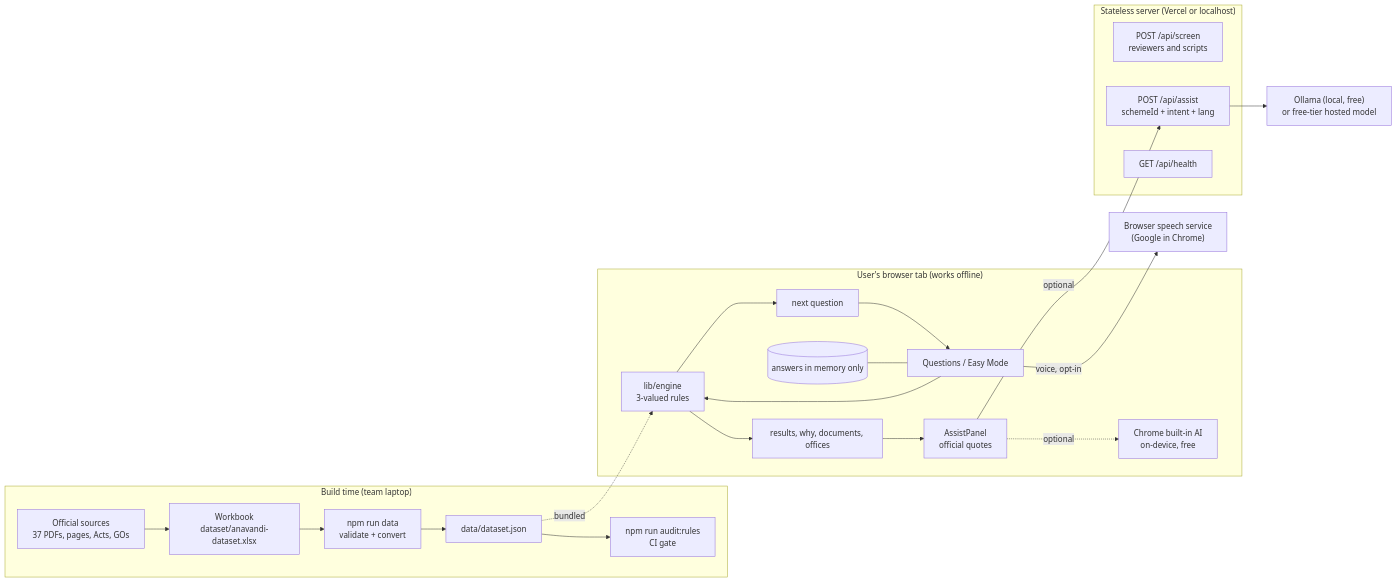
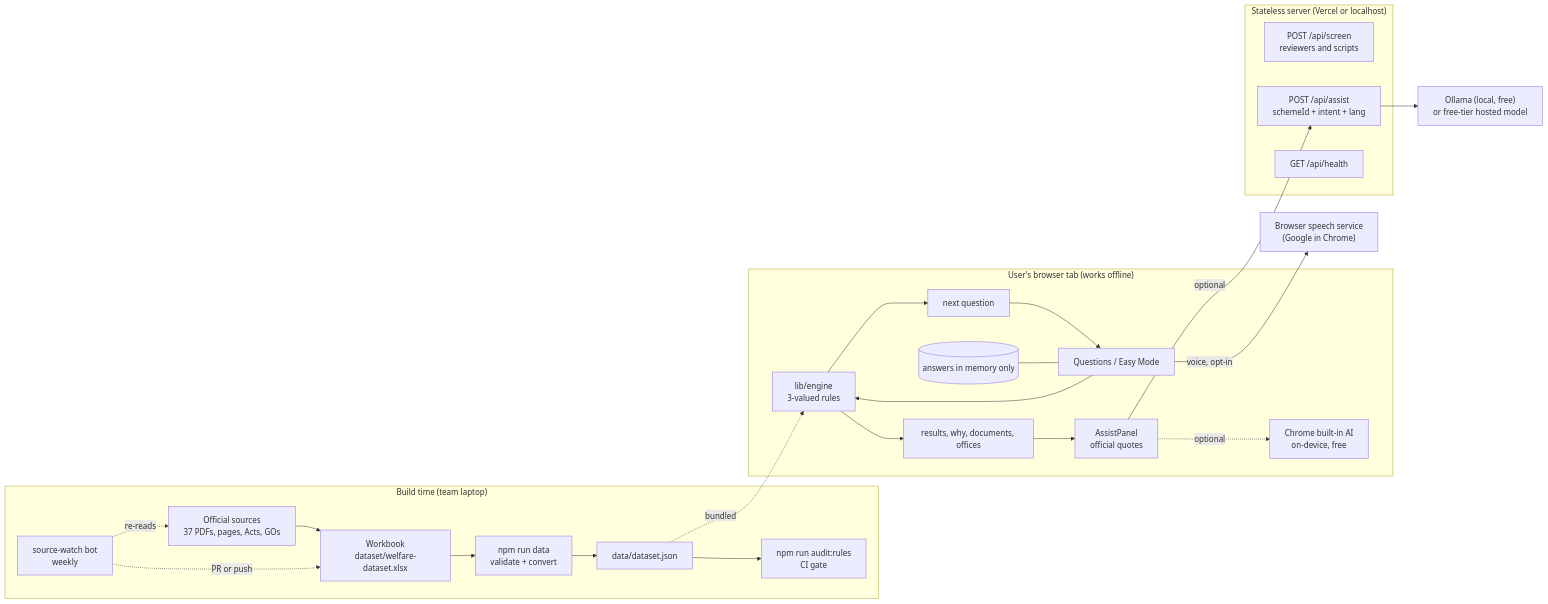
One commit to hxr4/welfarenavigator changed the diagram in README.md. Above: the diagram before and after it, drawn with Mermaid. The commit also changed other lines of this file and 35 other files, not shown here.

First line of the commit message:
Add source-watch bot that tracks official sources and updates rules

````diff
--- a/README.md
+++ b/README.md
@@ -33,25 +34,27 @@
 ```mermaid
 flowchart LR
   subgraph Build["Build time (team laptop)"]
-    SRC["Official sources<br/>37 PDFs, pages, Acts, GOs"] --> WB["Workbook<br/>dataset/anavandi-dataset.xlsx"]
+    SRC["Official sources<br/>37 PDFs, pages, Acts, GOs"] --> WB["Workbook<br/>dataset/welfare-dataset.xlsx"]
     WB --> BD["npm run data<br/>validate + convert"]
     BD --> DJ["data/dataset.json"]
     DJ --> AU["npm run audit:rules<br/>CI gate"]
+    BOT["source-watch bot<br/>weekly"] -. "re-reads" .-> SRC
+    BOT -. "PR or push" .-> WB
   end
   subgraph Browser["User's browser tab (works offline)"]
     UI["Questions / Easy Mode"] --> ENG["lib/engine<br/>3-valued rules"]
     DJ -. bundled .-> ENG
     ENG --> NQ["next question"] --> UI
     ENG --> RES["results, why, documents, offices"]
     RES --> AP["AssistPanel<br/>official quotes"]
     AP -. "optional" .-> NANO["Chrome built-in AI<br/>on-device, free"]
     MEM[("answers in memory only")] --- UI
   end
   subgraph Server["Stateless server (Vercel or localhost)"]
     SCR["POST /api/screen<br/>reviewers and scripts"]
     AS["POST /api/assist<br/>schemeId + intent + lang"]
     HL["GET /api/health"]
   end
   AP -- "optional" --> AS --> LLM["Ollama (local, free)<br/>or free-tier hosted model"]
   UI -- "voice, opt-in" --> STT["Browser speech service<br/>(Google in Chrome)"]
 ```
````
